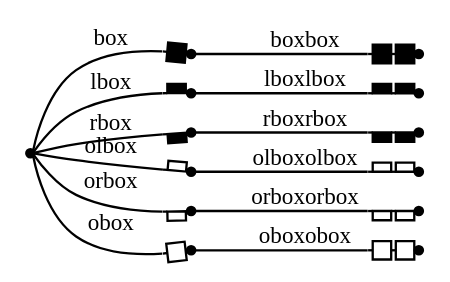
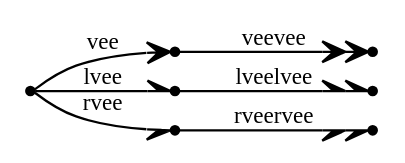
The diagram in out/clusters.out.08.001.gv (graphviz-perl/GraphViz2-Marpa-PathUtils), drawn with Graphviz before and after one commit. The commit also changed 33 other files, not shown here.

```diff
--- a/out/clusters.out.08.001.gv
+++ b/out/clusters.out.08.001.gv
@@ -1,19 +1,13 @@
 digraph G
 {
 	graph[ rankdir = "LR" nodesep = "0"]
 	node[ shape = "point" label = ""]
 	edge[ fontsize = "10"]
-	_box -> box[ arrowhead = "box" label = "box"]
-	box -> boxbox[ arrowhead = "boxbox" label = "boxbox"]
-	_box -> lbox[ arrowhead = "lbox" label = "lbox"]
-	lbox -> lboxlbox[ arrowhead = "lboxlbox" label = "lboxlbox"]
-	_box -> rbox[ arrowhead = "rbox" label = "rbox"]
-	rbox -> rboxrbox[ arrowhead = "rboxrbox" label = "rboxrbox"]
-	_box -> olbox[ arrowhead = "olbox" label = "olbox"]
-	olbox -> olboxolbox[ arrowhead = "olboxolbox" label = "olboxolbox"]
-	_box -> orbox[ arrowhead = "orbox" label = "orbox"]
-	orbox -> orboxorbox[ arrowhead = "orboxorbox" label = "orboxorbox"]
-	_box -> obox[ arrowhead = "obox" label = "obox"]
-	obox -> oboxobox[ arrowhead = "oboxobox" label = "oboxobox"]
+	_vee -> vee[ arrowhead = "vee" label = "vee"]
+	vee -> veevee[ arrowhead = "veevee" label = "veevee"]
+	_vee -> lvee[ arrowhead = "lvee" label = "lvee"]
+	lvee -> lveelvee[ arrowhead = "lveelvee" label = "lveelvee"]
+	_vee -> rvee[ arrowhead = "rvee" label = "rvee"]
+	rvee -> rveervee[ arrowhead = "rveervee" label = "rveervee"]
 
 }
```
